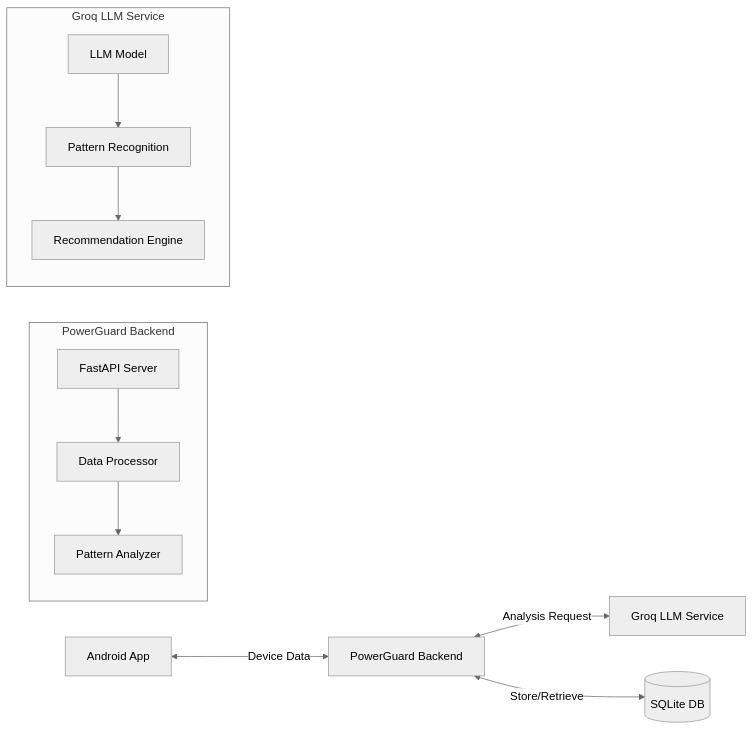
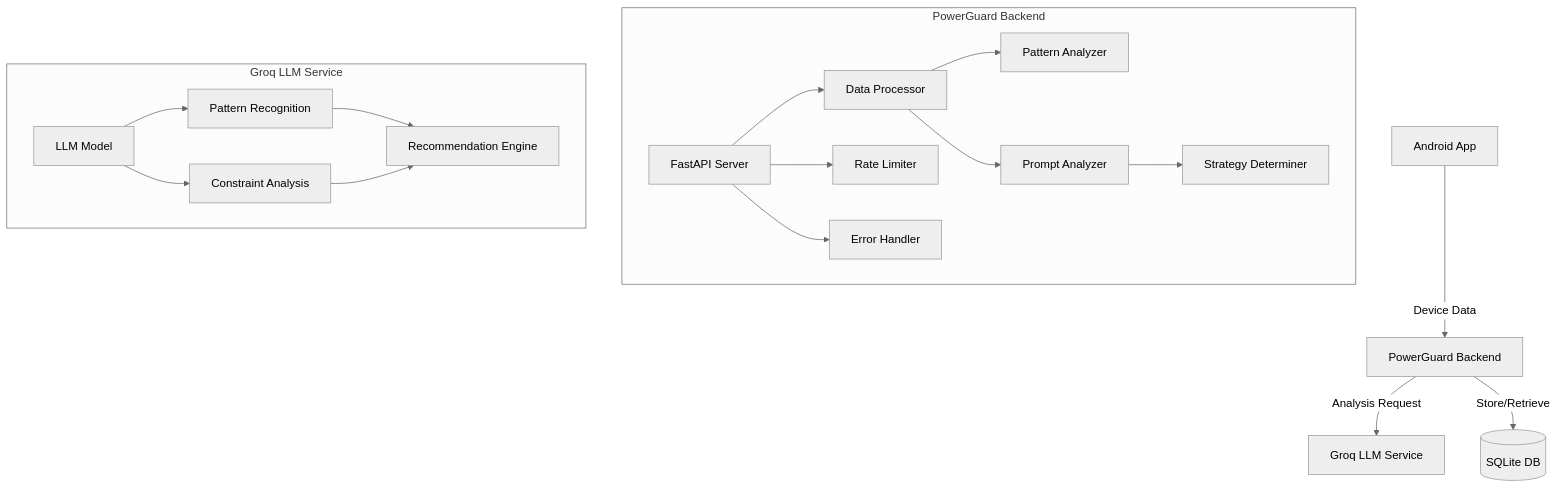
Before and after one commit to hiteshchopra11/PowerGuardBackend: the first of 3 diagrams in README.md, drawn with Mermaid (neutral theme). The commit also changed other lines of this file and 2 other files, not shown here.

First line of the commit message:
Enhance architecture and documentation for smart prompt analysis and optimization strategies

````diff
--- a/README.md
+++ b/README.md
@@ -44,22 +44,33 @@
 ```mermaid
-graph LR
-    A[Android App] <-->|Device Data| B[PowerGuard Backend]
-    B <-->|Analysis Request| C[Groq LLM Service]
-    B <-->|Store/Retrieve| D[(SQLite DB)]
+graph TD
+    A[Android App] -->|Device Data| B[PowerGuard Backend]
+    B -->|Analysis Request| C[Groq LLM Service]
+    B -->|Store/Retrieve| D[(SQLite DB)]
     
     subgraph "PowerGuard Backend"
         B1[FastAPI Server]
         B2[Data Processor]
         B3[Pattern Analyzer]
+        B4[Rate Limiter]
+        B5[Prompt Analyzer]
+        B6[Strategy Determiner]
+        B7[Error Handler]
         B1 --> B2
+        B1 --> B4
         B2 --> B3
+        B2 --> B5
+        B5 --> B6
+        B1 --> B7
     end
     
     subgraph "Groq LLM Service"
         C1[LLM Model]
         C2[Pattern Recognition]
         C3[Recommendation Engine]
+        C4[Constraint Analysis]
         C1 --> C2
         C2 --> C3
+        C1 --> C4
+        C4 --> C3
     end
 ```
````
